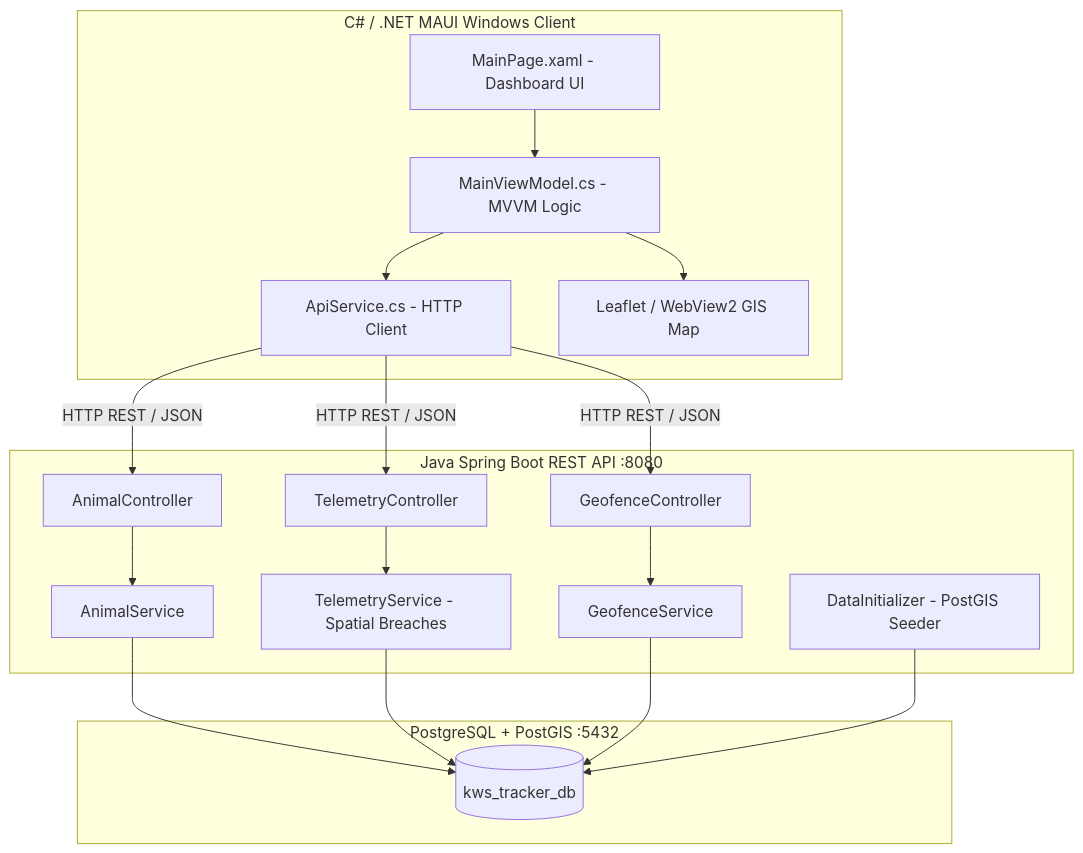
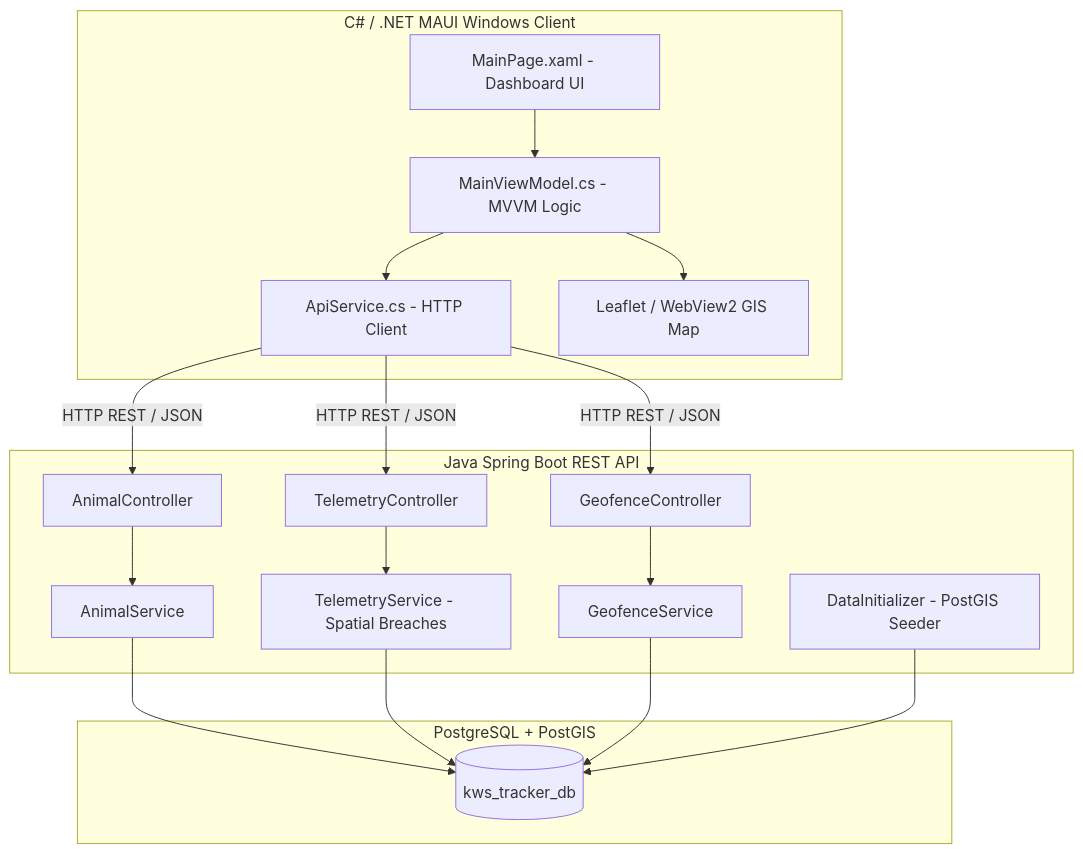
The diagram in README.md (DrewAwala24/wildguard-tracker-core), drawn with Mermaid before and after one commit. The commit also changed other lines of this file, not shown here.

Commit message:
Update README to generalize project description
Removed specific mention of 'Kenya Wildlife Service (KWS)' from the license section.

````diff
--- a/README.md
+++ b/README.md
@@ -58,37 +58,37 @@
 ```mermaid
 graph TD
     subgraph Frontend [C# / .NET MAUI Windows Client]
         UI[MainPage.xaml - Dashboard UI]
         VM[MainViewModel.cs - MVVM Logic]
         API[ApiService.cs - HTTP Client]
         MAP[Leaflet / WebView2 GIS Map]
         UI --> VM
         VM --> API
         VM --> MAP
     end
 
-    subgraph Backend [Java Spring Boot REST API :8080]
+    subgraph Backend [Java Spring Boot REST API ]
         AC[AnimalController]
         TC[TelemetryController]
         GC[GeofenceController]
         AS[AnimalService]
         TS[TelemetryService - Spatial Breaches]
         GS[GeofenceService]
         DI[DataInitializer - PostGIS Seeder]
         AC --> AS
         TC --> TS
         GC --> GS
     end
 
-    subgraph Database [PostgreSQL + PostGIS :5432]
+    subgraph Database [PostgreSQL + PostGIS]
         DB[(kws_tracker_db)]
         AS --> DB
         TS --> DB
         GS --> DB
         DI --> DB
     end
 
     API -->|HTTP REST / JSON| AC
     API -->|HTTP REST / JSON| TC
     API -->|HTTP REST / JSON| GC
 ```
````
